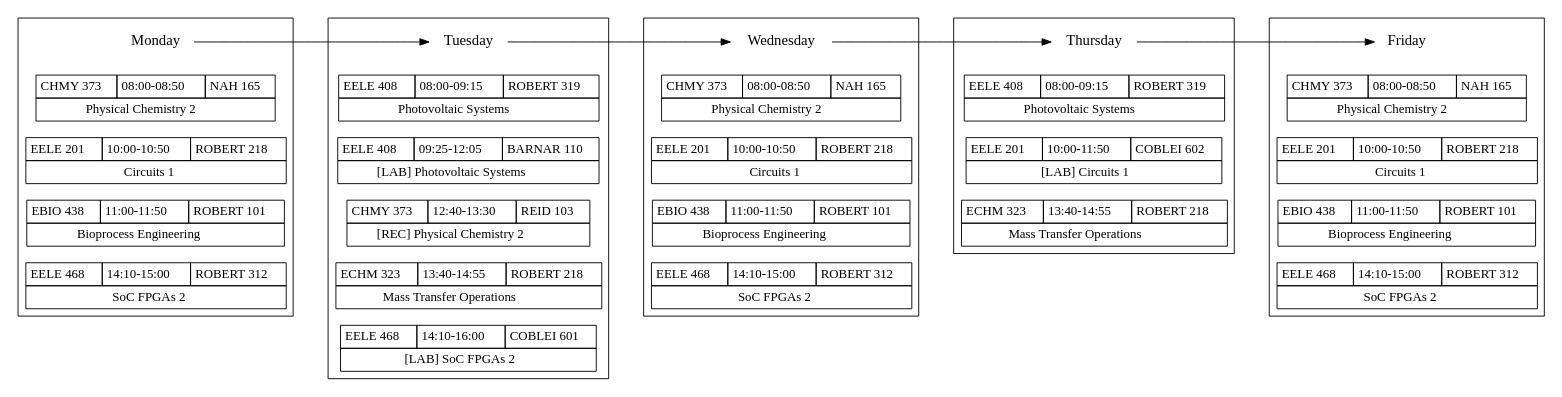
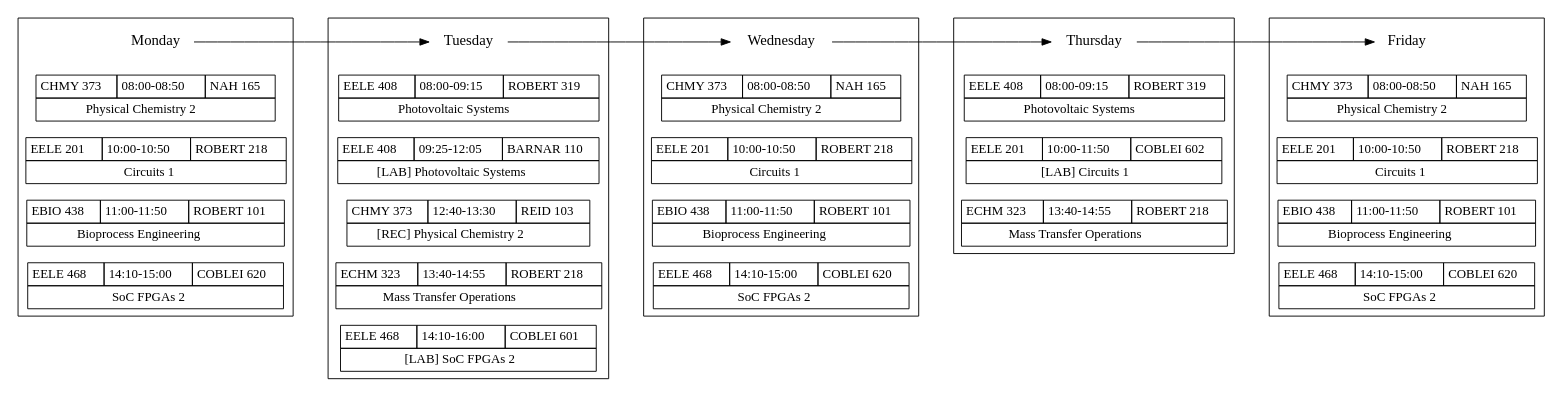
One commit to w-culhane/schedule-flowchart changed the diagram in schedule_3-junior-sem-2-spring.gv. Above: the diagram before and after it, drawn with Graphviz.

Commit message:
Relocate EELE 468

```diff
--- a/schedule_3-junior-sem-2-spring.gv
+++ b/schedule_3-junior-sem-2-spring.gv
@@ -45,7 +45,7 @@
     <TR>
     <TD>EELE 468</TD>
     <TD>14:10-15:00</TD>
-    <TD>ROBERT 312</TD>
+    <TD>COBLEI 620</TD>
     </TR>
     <TR><TD COLSPAN="3">SoC FPGAs 2</TD></TR>
     </TABLE>>];
@@ -143,7 +143,7 @@
     <TR>
     <TD>EELE 468</TD>
     <TD>14:10-15:00</TD>
-    <TD>ROBERT 312</TD>
+    <TD>COBLEI 620</TD>
     </TR>
     <TR><TD COLSPAN="3">SoC FPGAs 2</TD></TR>
     </TABLE>>];
@@ -221,7 +221,7 @@
     <TR>
     <TD>EELE 468</TD>
     <TD>14:10-15:00</TD>
-    <TD>ROBERT 312</TD>
+    <TD>COBLEI 620</TD>
     </TR>
     <TR><TD COLSPAN="3">SoC FPGAs 2</TD></TR>
     </TABLE>>];
```
